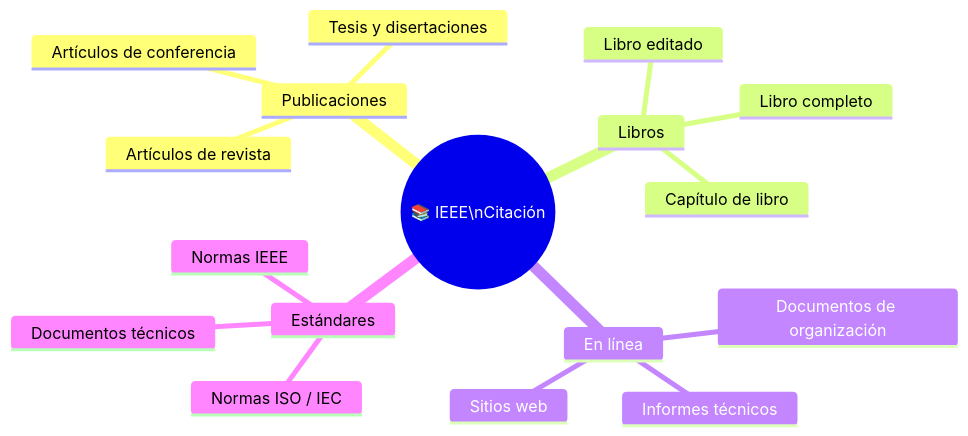
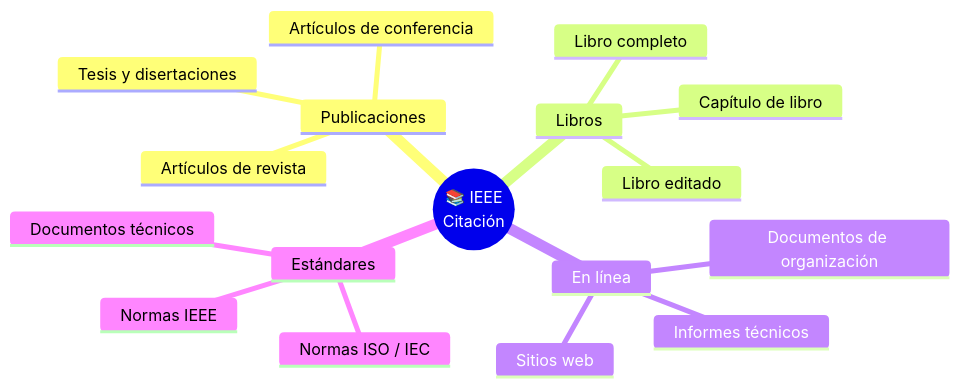
Before and after one commit to Fsteven22/Notas-de-Universidad-Freddy-Sanchez-: the diagram in Universidad/2do Semestre/Computación y Sociedad/Unidad 4 - Representación de la información/01 - Referencias IEEE.md, drawn with Mermaid. The commit also changed 51 other files, not shown here.

````diff
--- a/Universidad/2do Semestre/Computación y Sociedad/Unidad 4 - Representación de la información/01 - Referencias IEEE.md
+++ b/Universidad/2do Semestre/Computación y Sociedad/Unidad 4 - Representación de la información/01 - Referencias IEEE.md
@@ -33,20 +33,20 @@
 ```mermaid
 mindmap
-  root((📚 IEEE\nCitación))
+  root((📚 IEEE<br/>Citación))
     Publicaciones
       Artículos de revista
       Artículos de conferencia
       Tesis y disertaciones
     Libros
       Libro completo
       Capítulo de libro
       Libro editado
     En línea
       Sitios web
       Informes técnicos
       Documentos de organización
     Estándares
       Normas IEEE
       Normas ISO / IEC
       Documentos técnicos
 ```
````
